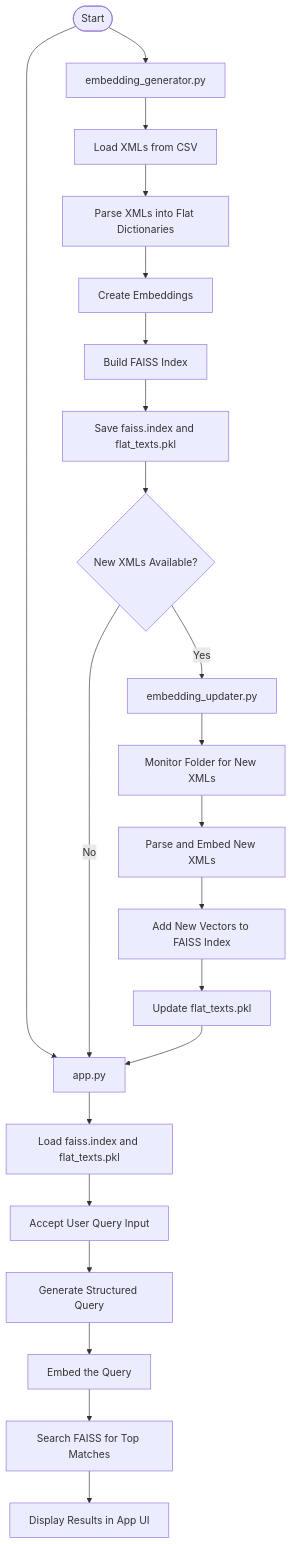
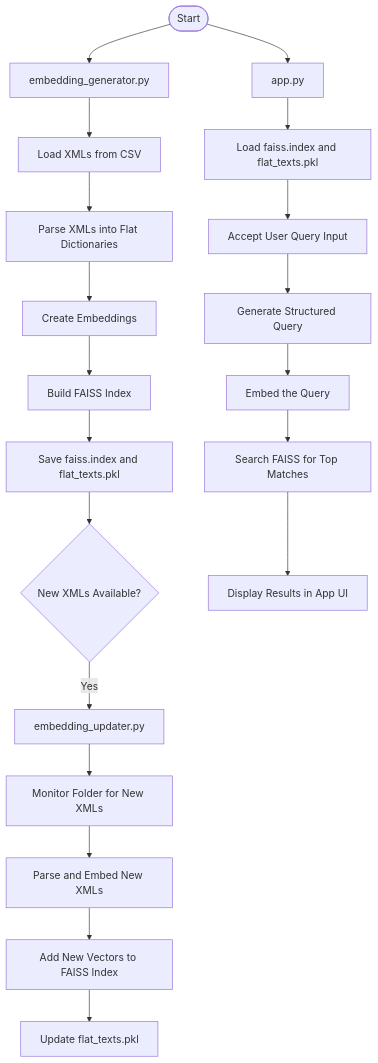
One commit to Kumaragurusankar/AIExamples changed the diagram in mytext.md. Above: the diagram before and after it, drawn with Mermaid.

````diff
--- a/mytext.md
+++ b/mytext.md
@@ -1,30 +1,28 @@
 ```mermaid
 flowchart TD
     A([Start]) --> B[embedding_generator.py]
     A --> E[app.py]
 
     %% Embedding Generation Flow
     B --> B1[Load XMLs from CSV]
     B1 --> B2[Parse XMLs into Flat Dictionaries]
     B2 --> B3[Create Embeddings]
     B3 --> B4[Build FAISS Index]
     B4 --> B5[Save faiss.index and flat_texts.pkl]
 
     B5 --> C{New XMLs Available?}
     C -- Yes --> D[embedding_updater.py]
-    C -- No --> E
 
     D --> D1[Monitor Folder for New XMLs]
     D1 --> D2[Parse and Embed New XMLs]
     D2 --> D3[Add New Vectors to FAISS Index]
     D3 --> D4[Update flat_texts.pkl]
-    D4 --> E
 
     %% Search Flow
     E --> E1[Load faiss.index and flat_texts.pkl]
     E1 --> E2[Accept User Query Input]
     E2 --> E3[Generate Structured Query]
     E3 --> E4[Embed the Query]
     E4 --> E5[Search FAISS for Top Matches]
     E5 --> E6[Display Results in App UI]
 ```
````
